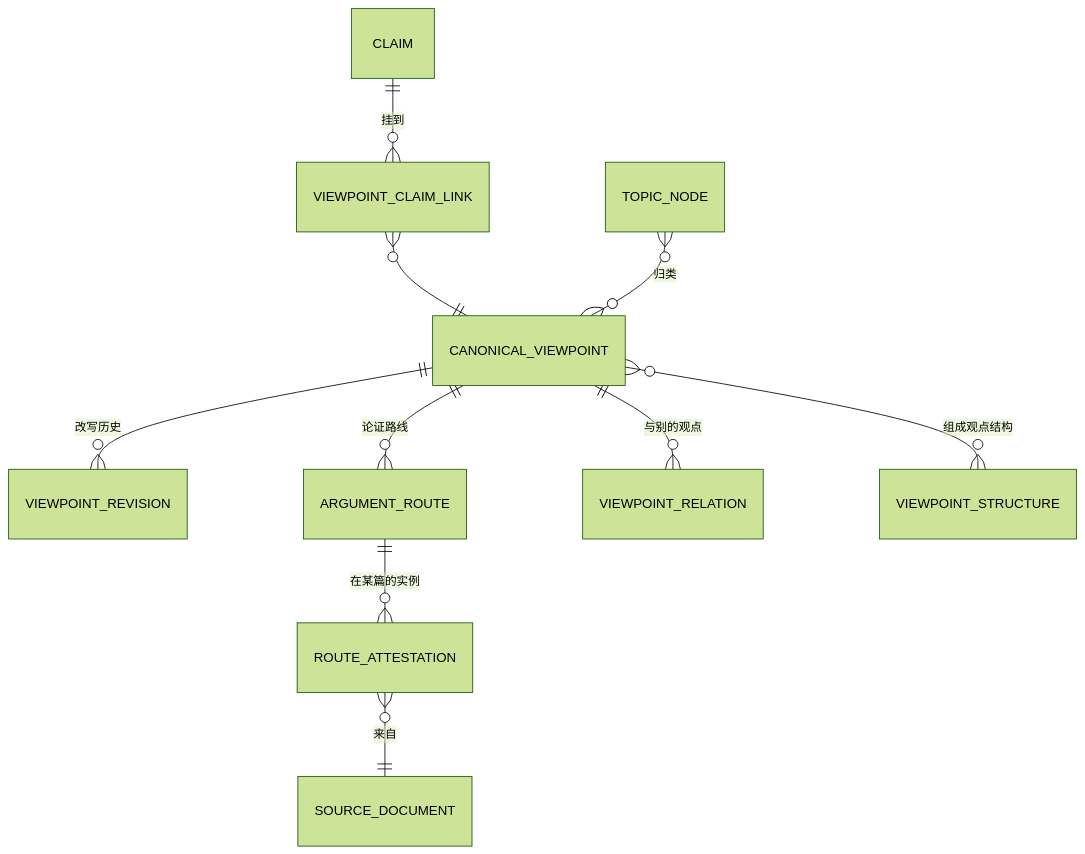
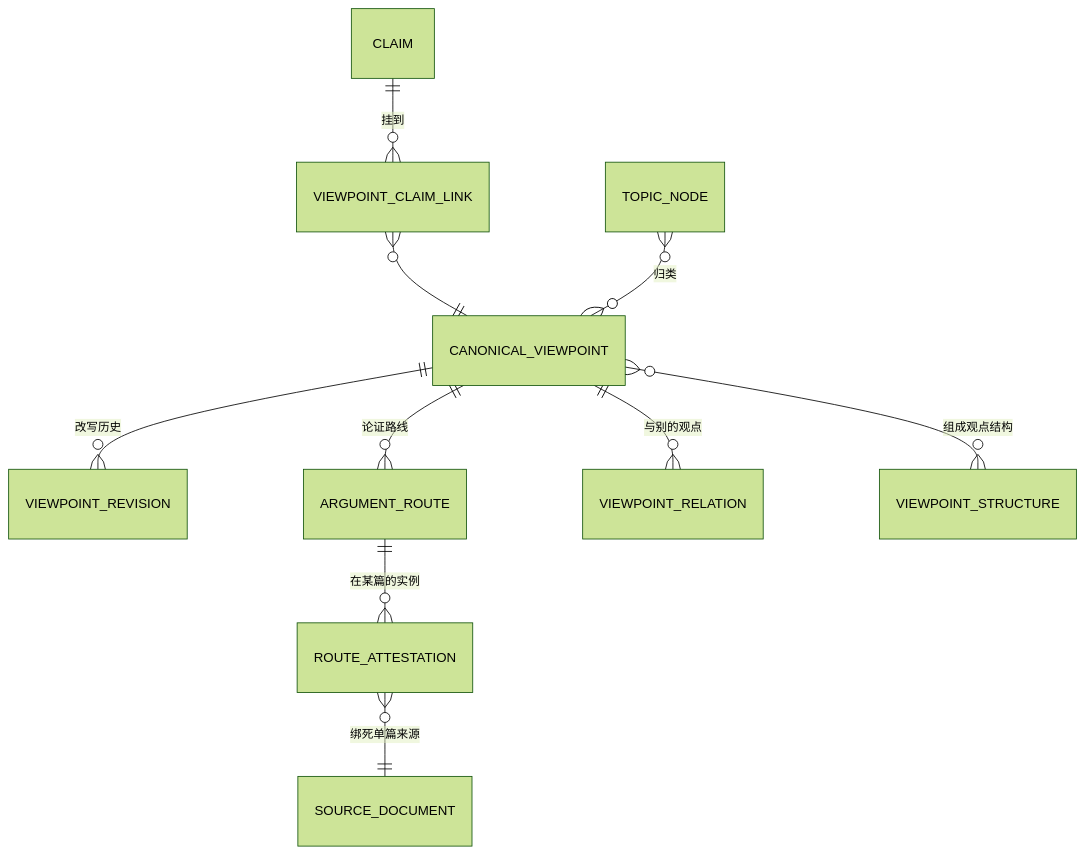
Before and after one commit to junyang168/smart-answer: the first of 3 diagrams in docs/wang-knowledge-platform/20-knowledge/canonical_viewpoint_design.md, drawn with Mermaid (forest theme). The commit also changed other lines of this file, not shown here.

First line of the commit message:
docs: explain the two boxes in the CVP diagram that are not its own

````diff
--- a/docs/wang-knowledge-platform/20-knowledge/canonical_viewpoint_design.md
+++ b/docs/wang-knowledge-platform/20-knowledge/canonical_viewpoint_design.md
@@ -67,12 +67,12 @@
 ```mermaid
 erDiagram
     CLAIM ||--o{ VIEWPOINT_CLAIM_LINK : "挂到"
     VIEWPOINT_CLAIM_LINK }o--|| CANONICAL_VIEWPOINT : ""
     CANONICAL_VIEWPOINT ||--o{ VIEWPOINT_REVISION : "改写历史"
     CANONICAL_VIEWPOINT ||--o{ ARGUMENT_ROUTE : "论证路线"
     ARGUMENT_ROUTE ||--o{ ROUTE_ATTESTATION : "在某篇的实例"
-    ROUTE_ATTESTATION }o--|| SOURCE_DOCUMENT : "来自"
+    ROUTE_ATTESTATION }o--|| SOURCE_DOCUMENT : "绑死单篇来源"
     CANONICAL_VIEWPOINT ||--o{ VIEWPOINT_RELATION : "与别的观点"
     CANONICAL_VIEWPOINT }o--o{ VIEWPOINT_STRUCTURE : "组成观点结构"
     TOPIC_NODE }o--o{ CANONICAL_VIEWPOINT : "归类"
 ```
````
